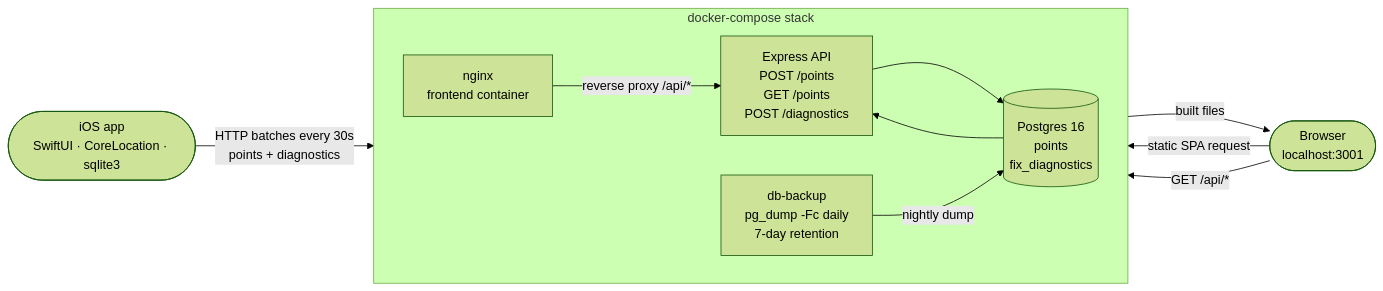
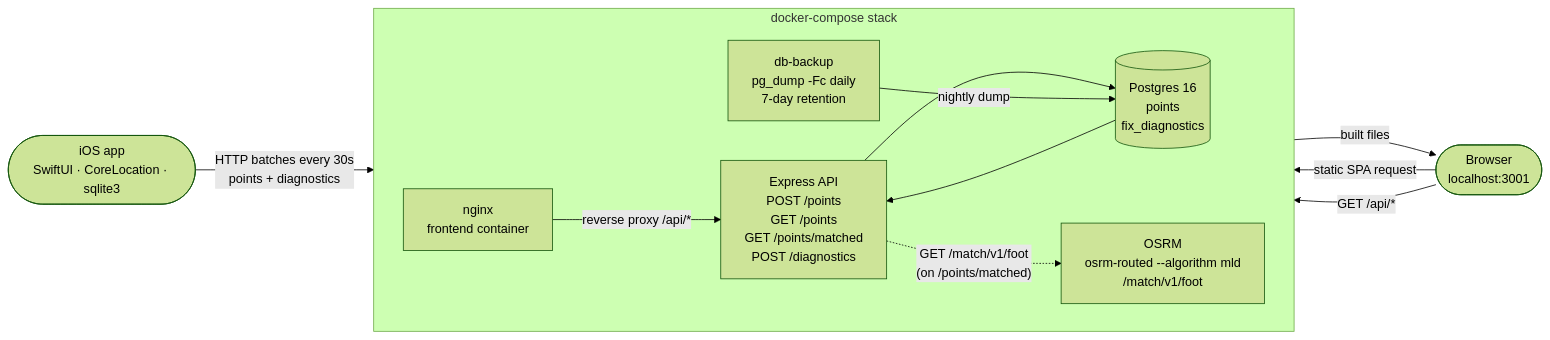
The diagram in README.md (athlonUA/GpsLogger), drawn with Mermaid (forest theme) before and after one commit. The commit also changed other lines of this file and 12 other files, not shown here.

````diff
--- a/README.md
+++ b/README.md
@@ -303,22 +375,24 @@
 ```mermaid
 flowchart LR
     iOS(["iOS app<br/>SwiftUI · CoreLocation · sqlite3"])
     browser(["Browser<br/>localhost:3001"])
 
     subgraph compose["docker-compose stack"]
         direction LR
         nginx["nginx<br/>frontend container"]
-        backend["Express API<br/>POST /points<br/>GET /points<br/>POST /diagnostics"]
+        backend["Express API<br/>POST /points<br/>GET /points<br/>GET /points/matched<br/>POST /diagnostics"]
         db[("Postgres 16<br/>points<br/>fix_diagnostics")]
         dbbackup["db-backup<br/>pg_dump -Fc daily<br/>7-day retention"]
+        osrm["OSRM<br/>osrm-routed --algorithm mld<br/>/match/v1/foot"]
     end
 
     iOS -->|"HTTP batches every 30s<br/>points + diagnostics"| backend
     browser -->|static SPA request| nginx
     nginx -->|built files| browser
     browser -->|"GET /api/*"| nginx
     nginx -->|"reverse proxy /api/*"| backend
     backend --> db
     db --> backend
+    backend -.->|"GET /match/v1/foot<br/>(on /points/matched)"| osrm
     dbbackup -->|nightly dump| db
 ```
````
